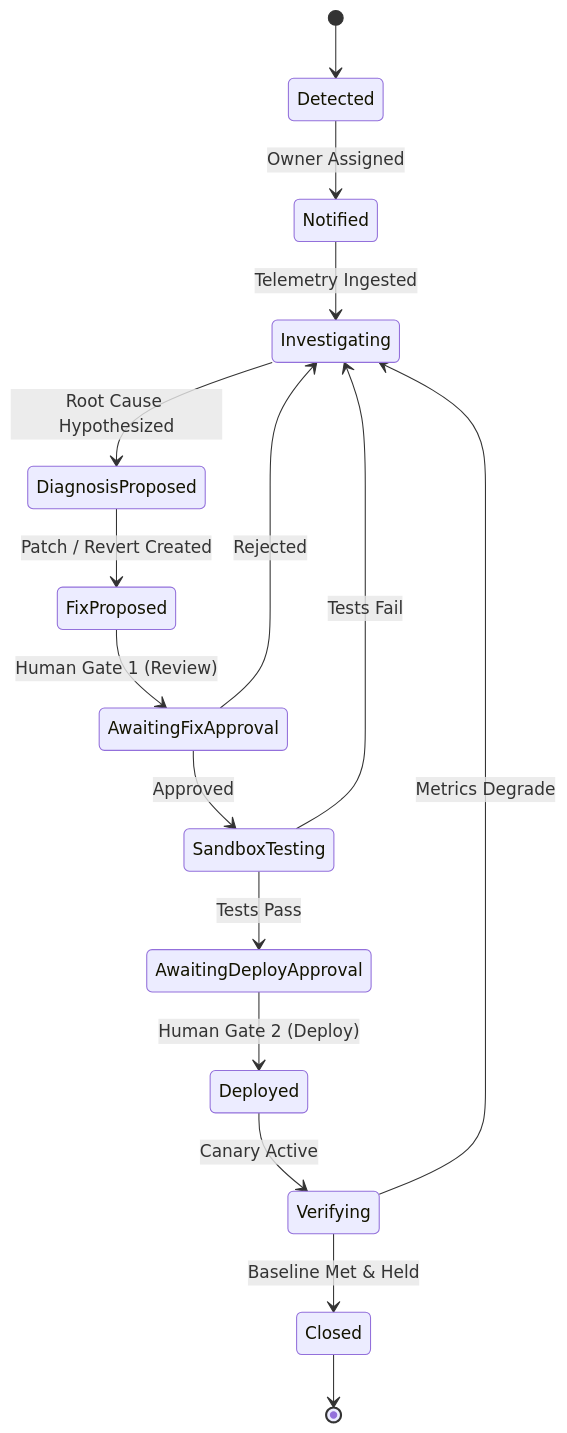
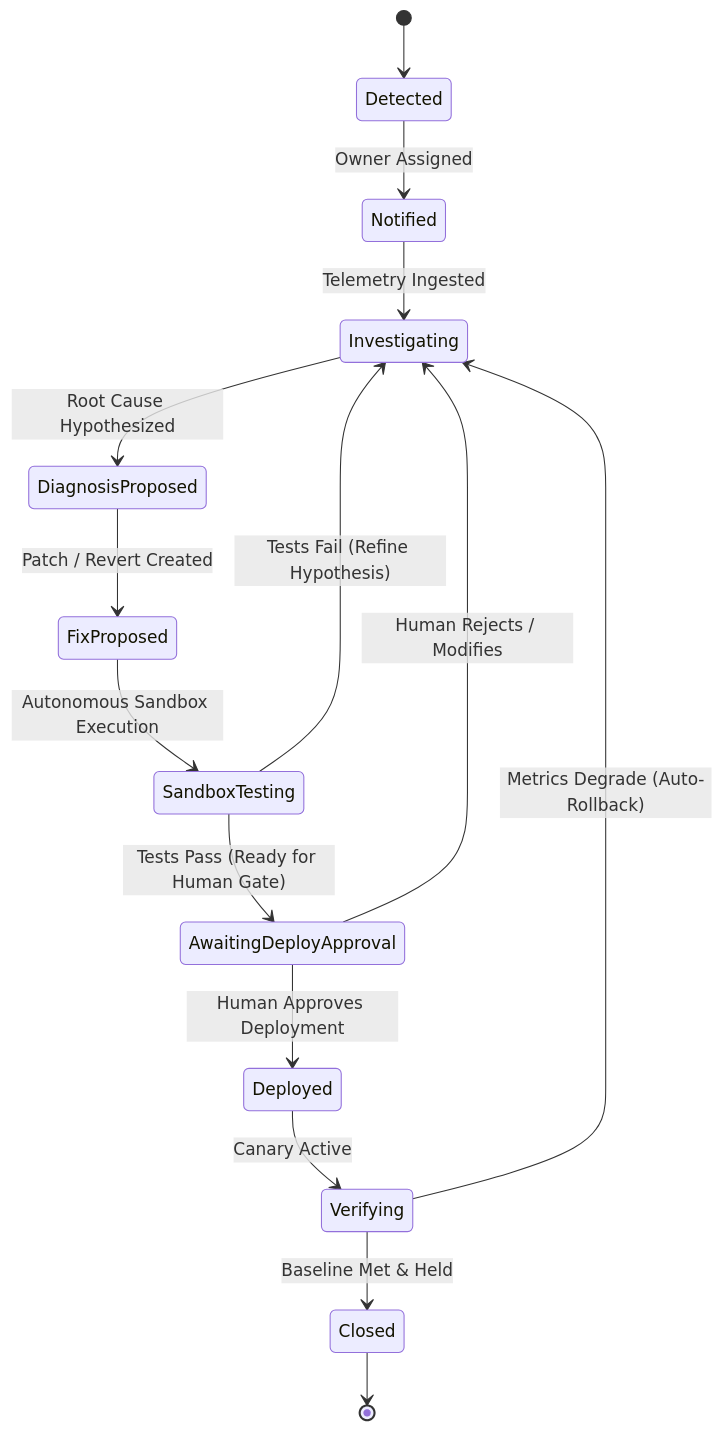
Before and after one commit to DiwasDev/AI-SRE: the fifth of 6 diagrams in artifacts/sre_fundamentals.md, drawn with Mermaid. The commit also changed other lines of this file and 6 other files, not shown here.

Commit message:
feat(layer-4): add functional & non-functional requirements artifact, conversation logs, and enforce single deployment approval gate

````diff
--- a/artifacts/sre_fundamentals.md
+++ b/artifacts/sre_fundamentals.md
@@ -232,18 +234,17 @@
 ```mermaid
 stateDiagram-v2
     [*] --> Detected
     Detected --> Notified: Owner Assigned
     Notified --> Investigating: Telemetry Ingested
     Investigating --> DiagnosisProposed: Root Cause Hypothesized
     DiagnosisProposed --> FixProposed: Patch / Revert Created
-    FixProposed --> AwaitingFixApproval: Human Gate 1 (Review)
-    AwaitingFixApproval --> SandboxTesting: Approved
-    AwaitingFixApproval --> Investigating: Rejected
-    SandboxTesting --> AwaitingDeployApproval: Tests Pass
-    SandboxTesting --> Investigating: Tests Fail
-    AwaitingDeployApproval --> Deployed: Human Gate 2 (Deploy)
+    FixProposed --> SandboxTesting: Autonomous Sandbox Execution
+    SandboxTesting --> AwaitingDeployApproval: Tests Pass (Ready for Human Gate)
+    SandboxTesting --> Investigating: Tests Fail (Refine Hypothesis)
+    AwaitingDeployApproval --> Deployed: Human Approves Deployment
+    AwaitingDeployApproval --> Investigating: Human Rejects / Modifies
     Deployed --> Verifying: Canary Active
     Verifying --> Closed: Baseline Met & Held
-    Verifying --> Investigating: Metrics Degrade
+    Verifying --> Investigating: Metrics Degrade (Auto-Rollback)
     Closed --> [*]
 ```
````
